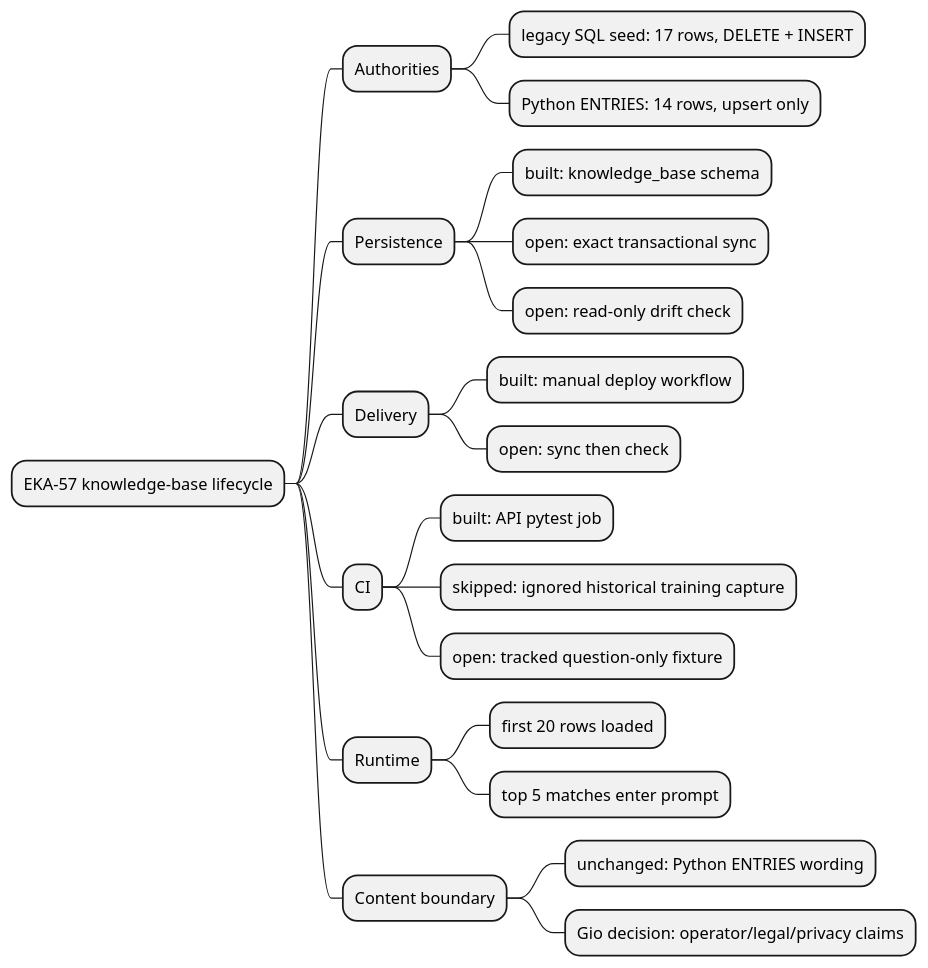
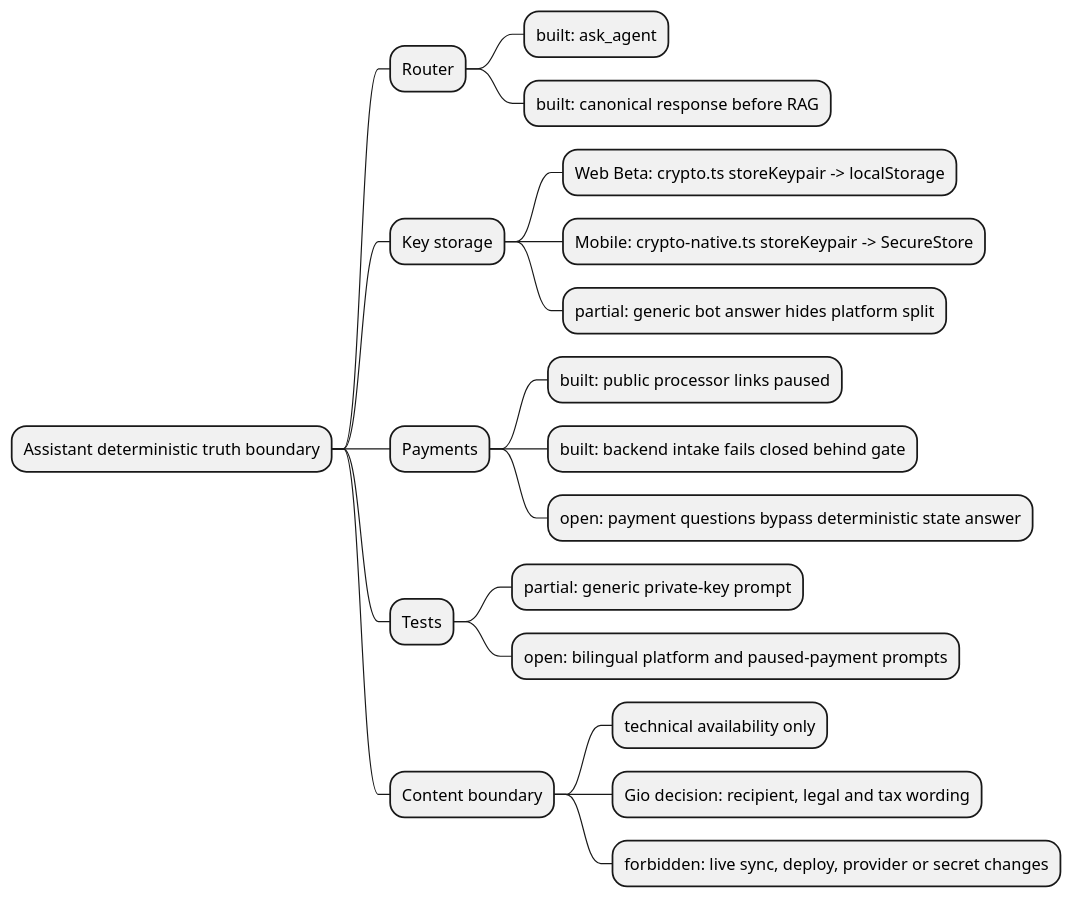
One commit to NeaBouli/pnyx changed the first of 2 diagrams in docs/architecture/map.puml. Above: the diagram before and after it, drawn with PlantUML. The commit also changed other lines of this file and 5 other files, not shown here.

Commit message:
docs(architecture): map EKA-59 and EKA-60 assistant truth boundaries

```diff
--- a/docs/architecture/map.puml
+++ b/docs/architecture/map.puml
@@ -1,23 +1,21 @@
 @startmindmap
-* EKA-57 knowledge-base lifecycle
-** Authorities
-*** legacy SQL seed: 17 rows, DELETE + INSERT
-*** Python ENTRIES: 14 rows, upsert only
-** Persistence
-*** built: knowledge_base schema
-*** open: exact transactional sync
-*** open: read-only drift check
-** Delivery
-*** built: manual deploy workflow
-*** open: sync then check
-** CI
-*** built: API pytest job
-*** skipped: ignored historical training capture
-*** open: tracked question-only fixture
-** Runtime
-*** first 20 rows loaded
-*** top 5 matches enter prompt
+* Assistant deterministic truth boundary
+** Router
+*** built: ask_agent
+*** built: canonical response before RAG
+** Key storage
+*** Web Beta: crypto.ts storeKeypair -> localStorage
+*** Mobile: crypto-native.ts storeKeypair -> SecureStore
+*** partial: generic bot answer hides platform split
+** Payments
+*** built: public processor links paused
+*** built: backend intake fails closed behind gate
+*** open: payment questions bypass deterministic state answer
+** Tests
+*** partial: generic private-key prompt
+*** open: bilingual platform and paused-payment prompts
 ** Content boundary
-*** unchanged: Python ENTRIES wording
-*** Gio decision: operator/legal/privacy claims
+*** technical availability only
+*** Gio decision: recipient, legal and tax wording
+*** forbidden: live sync, deploy, provider or secret changes
 @endmindmap
```
